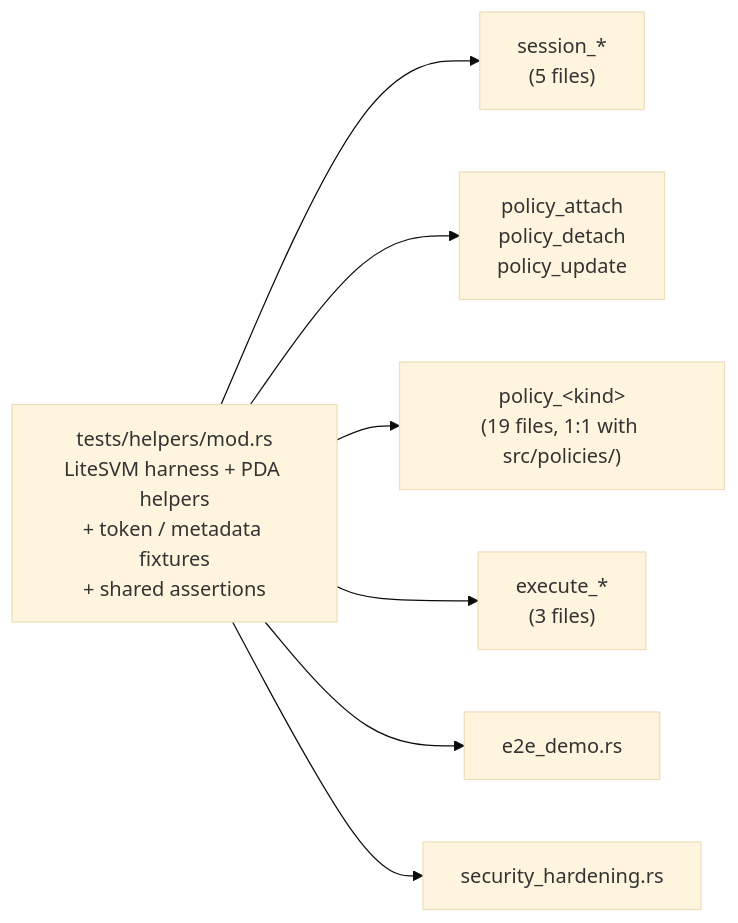
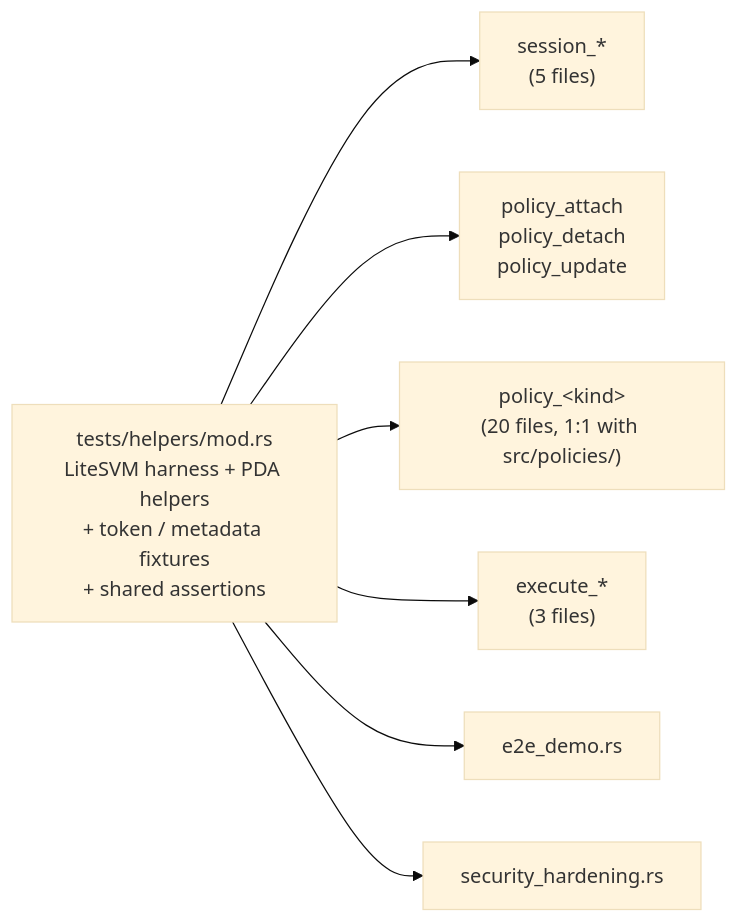
Before and after one commit to rit3sh-x/bastion: the fourth of 4 diagrams in programs/bastion/README.md, drawn with Mermaid (base theme). The commit also changed other lines of this file and 16 other files, not shown here.

````diff
--- a/programs/bastion/README.md
+++ b/programs/bastion/README.md
@@ -239,18 +241,18 @@
 ```mermaid
 flowchart LR
     Harness["tests/helpers/mod.rs<br/>LiteSVM harness + PDA helpers<br/>+ token / metadata fixtures<br/>+ shared assertions"]
 
     Sess["session_*<br/>(5 files)"]
     PolCrud["policy_attach<br/>policy_detach<br/>policy_update"]
-    Pol["policy_&lt;kind&gt;<br/>(19 files, 1:1 with src/policies/)"]
+    Pol["policy_&lt;kind&gt;<br/>(20 files, 1:1 with src/policies/)"]
     Exec["execute_*<br/>(3 files)"]
     E2E["e2e_demo.rs"]
     Sec["security_hardening.rs"]
 
     Harness --> Sess
     Harness --> PolCrud
     Harness --> Pol
     Harness --> Exec
     Harness --> E2E
     Harness --> Sec
 ```
````
